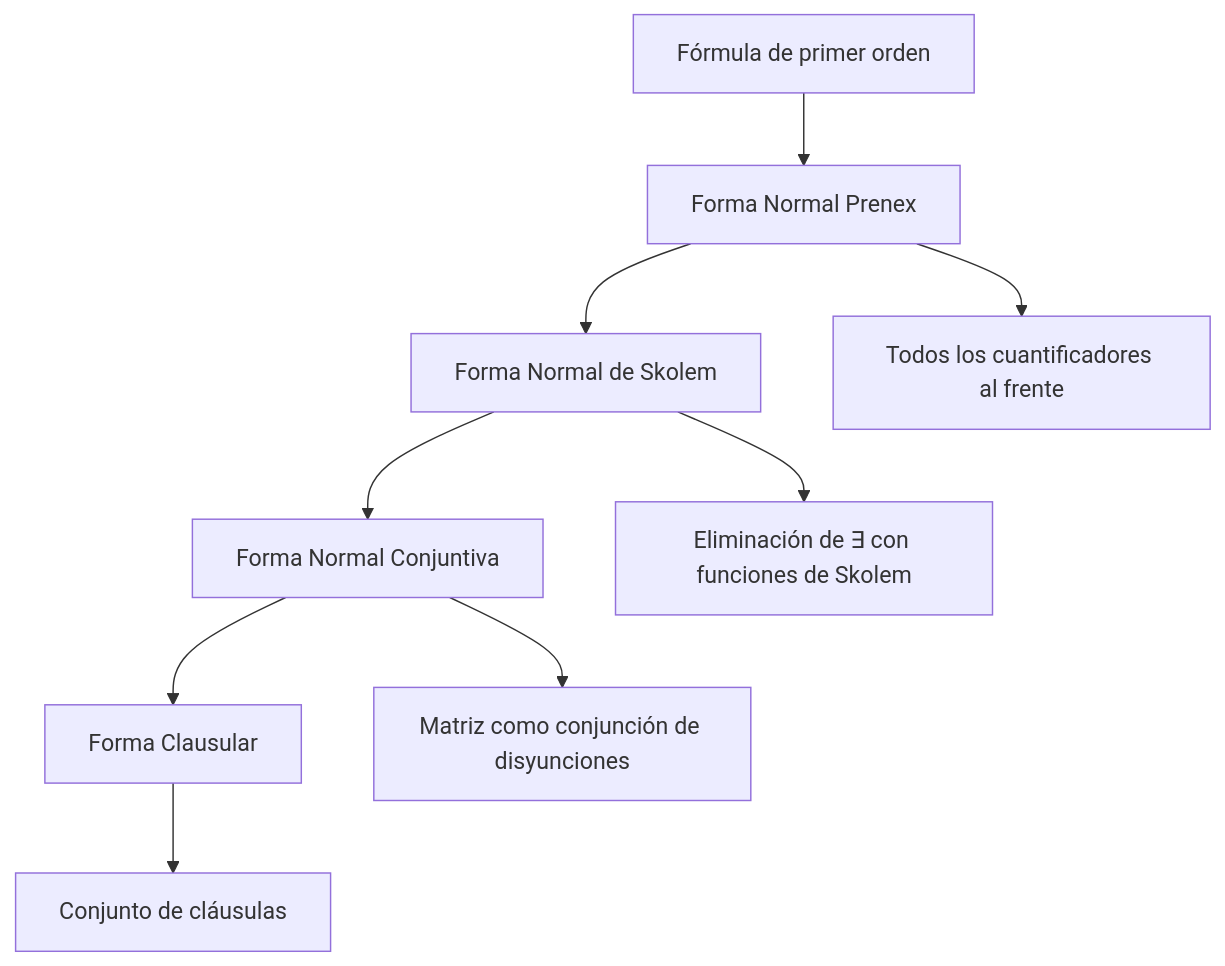
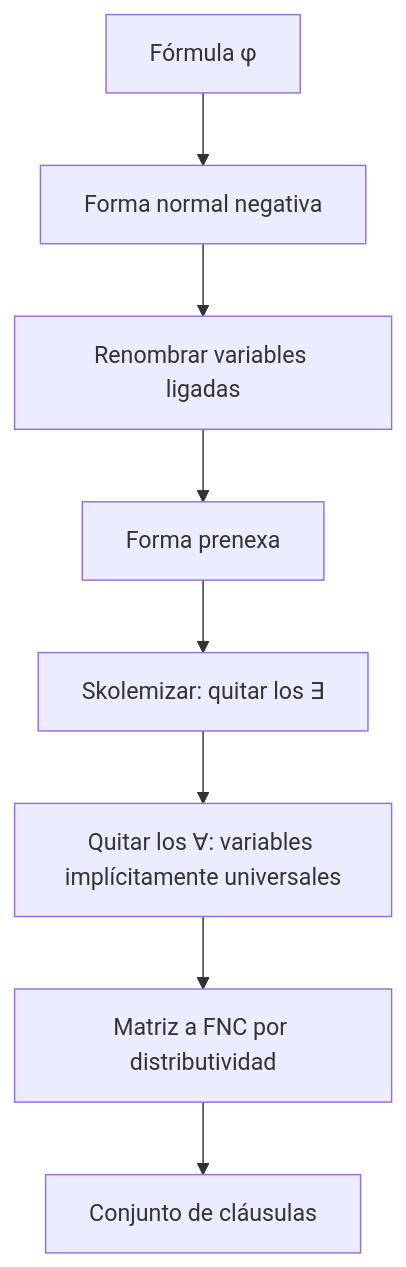
One commit to djaimej/computer-science-template changed the diagram in public/documents/semester-4/2/4254.md. Above: the diagram before and after it, drawn with Mermaid. The commit also changed other lines of this file and 5 other files, not shown here.

````diff
--- a/public/documents/semester-4/2/4254.md
+++ b/public/documents/semester-4/2/4254.md
@@ -84,12 +61,10 @@
 ```mermaid
 flowchart TD
-    A[Fórmula de primer orden] --> B[Forma Normal Prenex]
-    B --> C[Forma Normal de Skolem]
-    C --> D[Forma Normal Conjuntiva]
-    D --> E[Forma Clausular]
-
-    B --> F[Todos los cuantificadores al frente]
-    C --> G[Eliminación de ∃ con funciones de Skolem]
-    D --> H[Matriz como conjunción de disyunciones]
-    E --> I[Conjunto de cláusulas]
+    A["Fórmula φ"] --> B["Forma normal negativa"]
+    B --> C["Renombrar variables ligadas"]
+    C --> D["Forma prenexa"]
+    D --> E["Skolemizar: quitar los ∃"]
+    E --> F["Quitar los ∀: variables implícitamente universales"]
+    F --> G["Matriz a FNC por distributividad"]
+    G --> H["Conjunto de cláusulas"]
 ```
````
